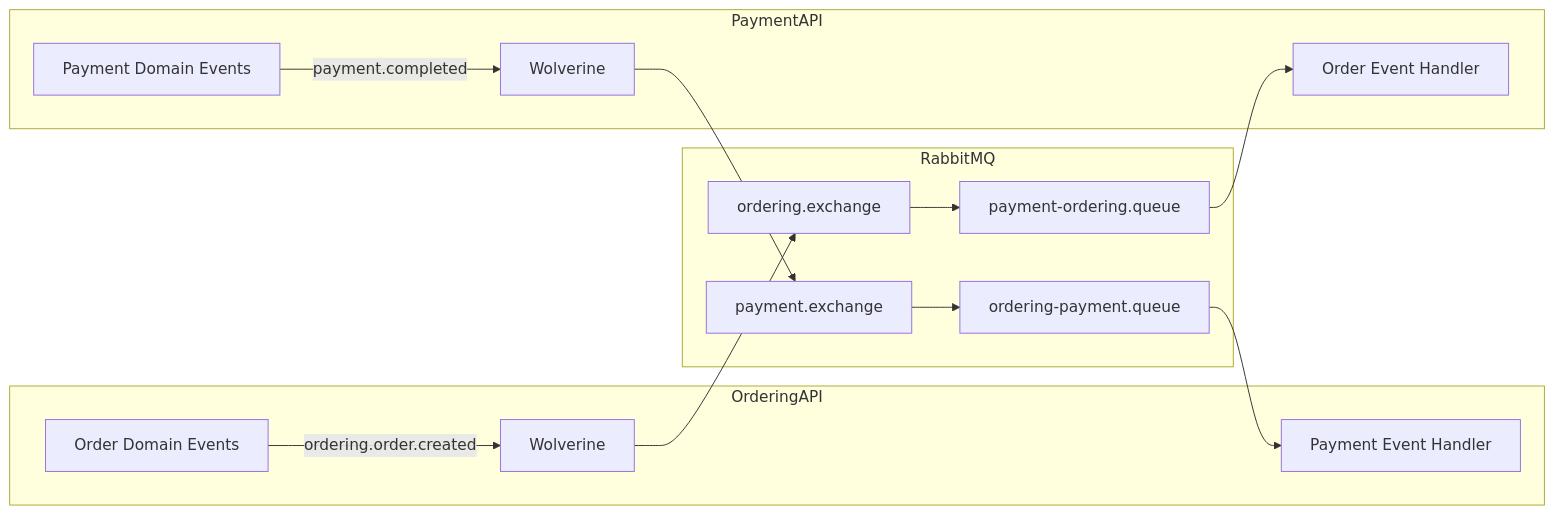
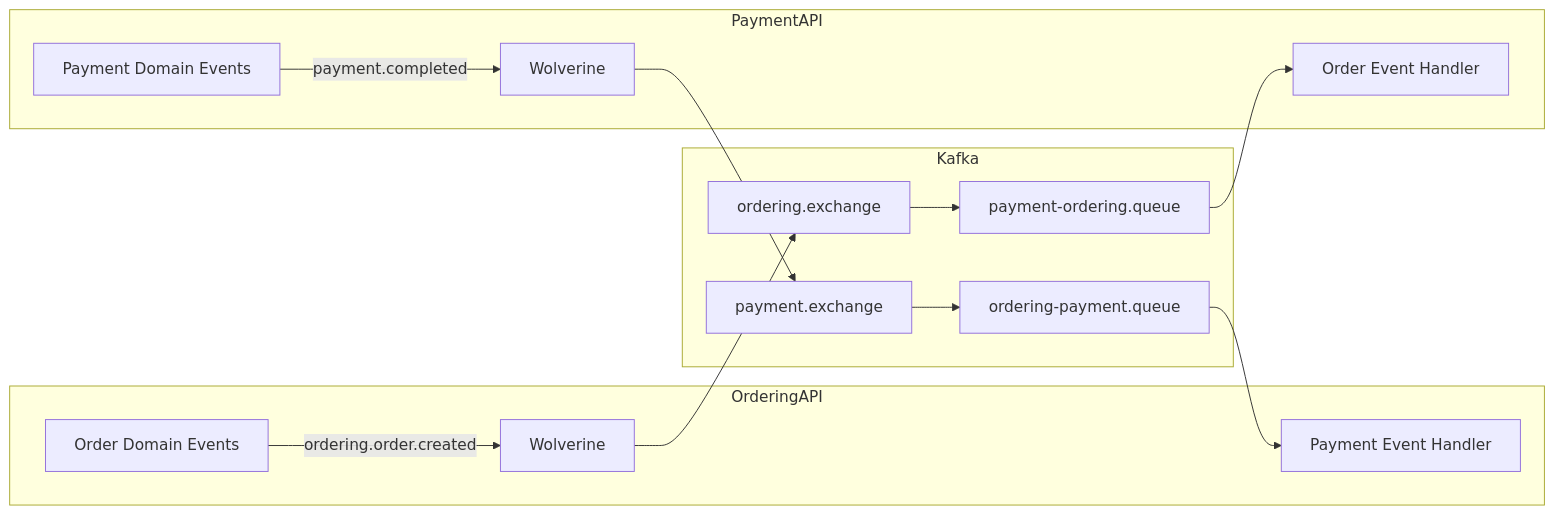
Before and after one commit to gndev-vn/DDDSample: the fifth of 10 diagrams in docs/architecture.md, drawn with Mermaid. The commit also changed other lines of this file and 176 other files, not shown here.

````diff
--- a/docs/architecture.md
+++ b/docs/architecture.md
@@ -321,31 +321,31 @@
 ```mermaid
 graph LR
     subgraph "OrderingAPI"
         OA_Domain[Order Domain Events]
         OA_Wolverine[Wolverine]
         OA_Handler[Payment Event Handler]
     end
 
     subgraph "PaymentAPI"
         PA_Handler[Order Event Handler]
         PA_Domain[Payment Domain Events]
         PA_Wolverine[Wolverine]
     end
 
-    subgraph "RabbitMQ"
+    subgraph "Kafka"
         OrderingExchange[ordering.exchange]
         PaymentExchange[payment.exchange]
         PaymentQueue[payment-ordering.queue]
         OrderingQueue[ordering-payment.queue]
     end
 
     OA_Domain -->|ordering.order.created| OA_Wolverine
     OA_Wolverine --> OrderingExchange
     OrderingExchange --> PaymentQueue
     PaymentQueue --> PA_Handler
 
     PA_Domain -->|payment.completed| PA_Wolverine
     PA_Wolverine --> PaymentExchange
     PaymentExchange --> OrderingQueue
     OrderingQueue --> OA_Handler
 ```
````
